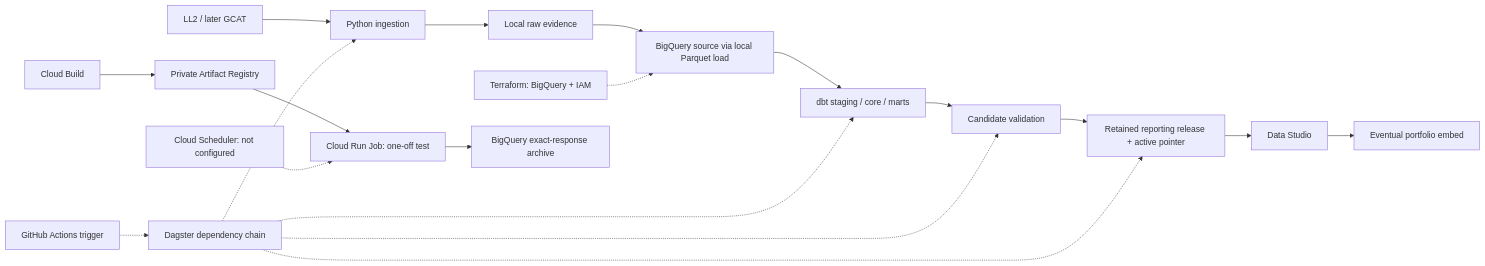
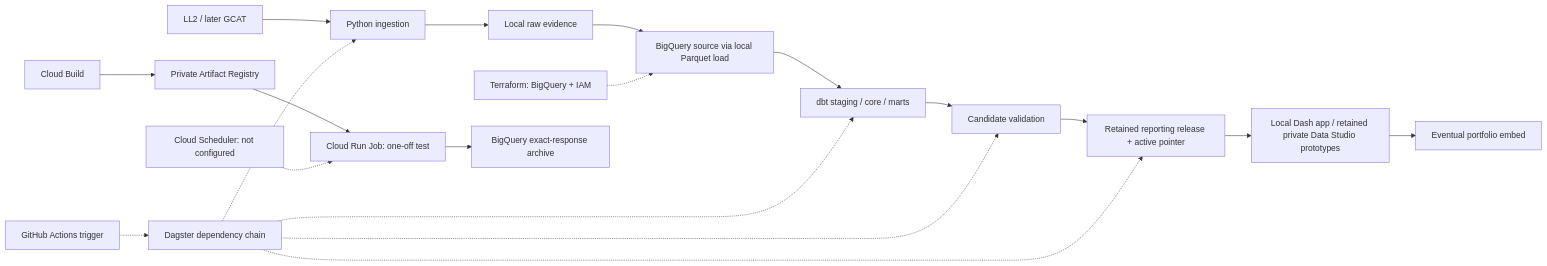
One commit to RM3006/orbital-pulse changed the second of 2 diagrams in ARCHITECTURE.md. Above: the diagram before and after it, drawn with Mermaid. The commit also changed other lines of this file and 27 other files, not shown here.

Commit message:
feat: add BigQuery-backed Dash app

````diff
--- a/ARCHITECTURE.md
+++ b/ARCHITECTURE.md
@@ -93,21 +96,21 @@
 ```mermaid
 flowchart LR
     Public[LL2 / later GCAT] --> Ingest[Python ingestion]
     Ingest --> Raw[Local raw evidence]
     Raw --> Warehouse[BigQuery source via local Parquet load]
     Warehouse --> Models[dbt staging / core / marts]
     Models --> Checks[Candidate validation]
     Checks --> Release[Retained reporting release + active pointer]
-    Release --> BI[Data Studio]
+    Release --> BI[Local Dash app / retained private Data Studio prototypes]
     BI --> Portfolio[Eventual portfolio embed]
     Terraform[Terraform: BigQuery + IAM] -.-> Warehouse
     Actions[GitHub Actions trigger] -.-> Dagster[Dagster dependency chain]
     Dagster -.-> Ingest
     Dagster -.-> Models
     Dagster -.-> Checks
     Dagster -.-> Release
     CloudBuild[Cloud Build] --> Registry[Private Artifact Registry]
     Registry --> CloudRun[Cloud Run Job: one-off test]
     CloudRun --> RawArchive[BigQuery exact-response archive]
     Scheduler[Cloud Scheduler: not configured] -.-> CloudRun
 ```
````
